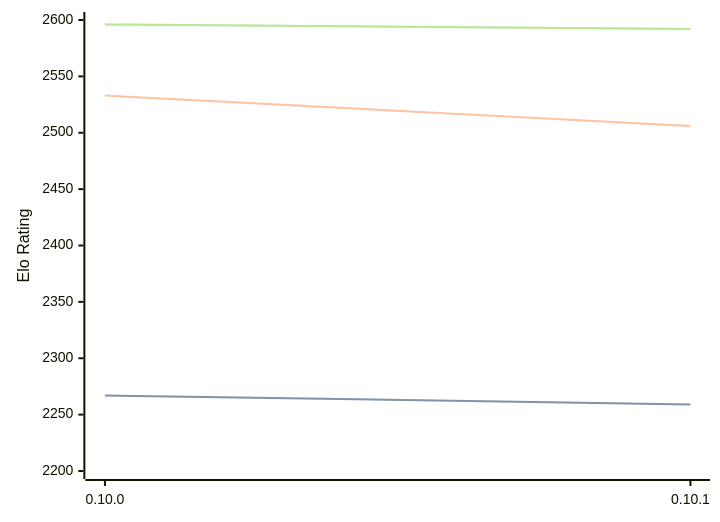
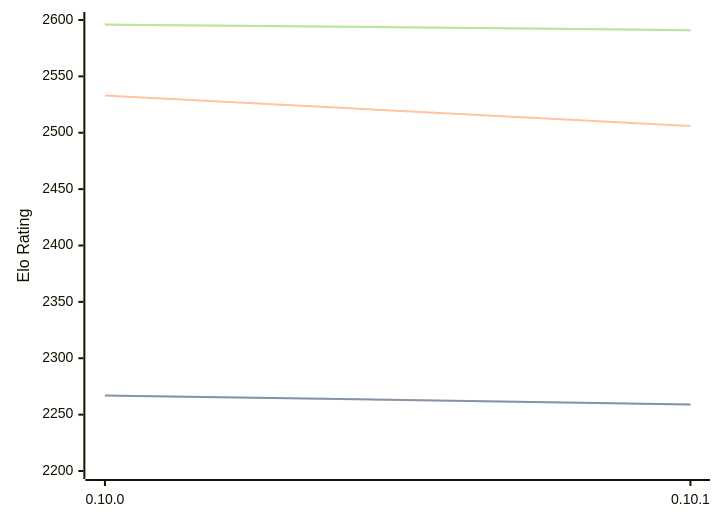
One commit to computer-chess-index/cci changed the first of 3 diagrams in engines/Fatalii.md. Above: the diagram before and after it, drawn with Mermaid. The commit also changed other lines of this file, not shown here.

Commit message:
Update CCI Ratings (ELO VLTC) - 2026-07-10

````diff
--- a/engines/Fatalii.md
+++ b/engines/Fatalii.md
@@ -46,11 +46,11 @@
 ```mermaid
 %%{init: {"theme":"base","themeVariables":{"seriesColors:['#a3a3a3','#222221','#faa371']}}}%%
 xychart-beta
   x-axis ["0.10.0", "0.10.1"]
   y-axis "Elo Rating" 2200 --> 2600
   line "STC (8.0+0.08s)" [2267, 2259]
   line "STC (8.0+0.08s)" [2267, 2259]
   line "LTC (60.0+0.60s)" [2533, 2506]
-  line "VLTC (2m24s+1.12s)" [2596, 2592]
-  line "VLTC (2m24s+1.12s)" [2596, 2592]
+  line "VLTC (2m24s+1.12s)" [2596, 2591]
+  line "VLTC (2m24s+1.12s)" [2596, 2591]
 ```
````
